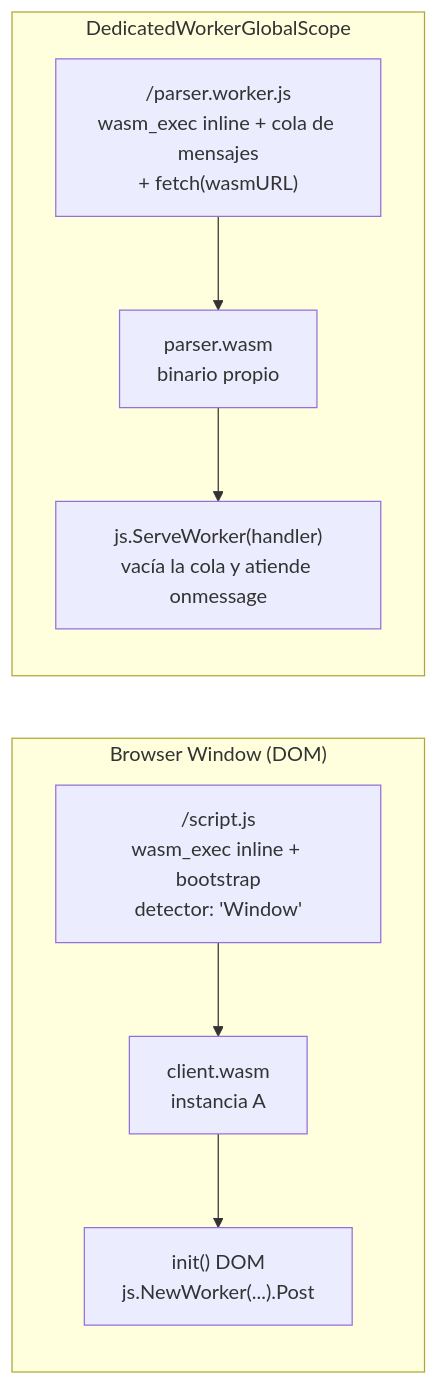
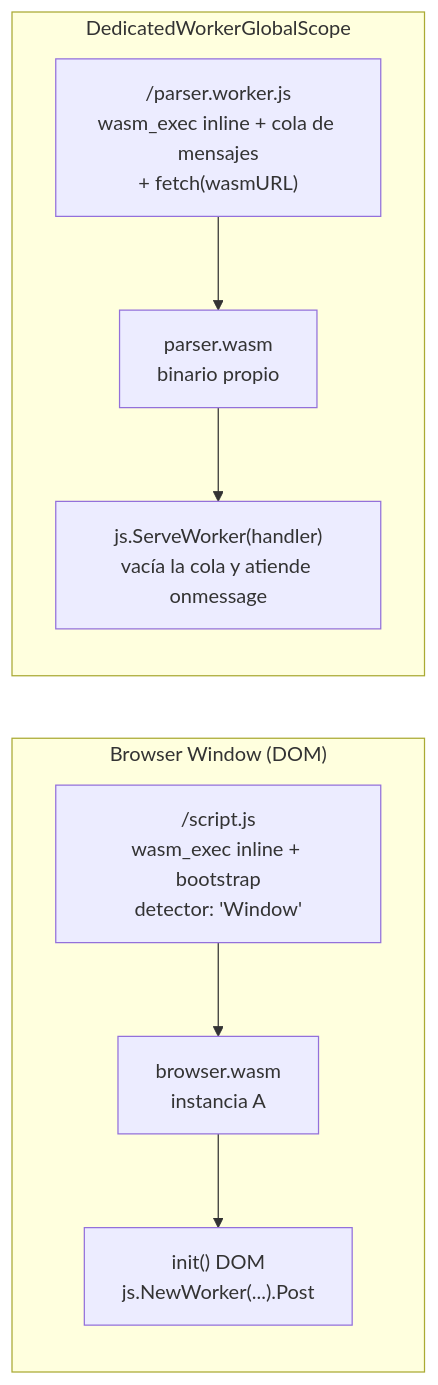
Before and after one commit to webtyp/js: the second of 3 diagrams in docs/ARCHITECTURE.md, drawn with Mermaid. The commit also changed other lines of this file and 3 other files, not shown here.

First line of the commit message:
refactor: rename page binary URL from /client.wasm to /browser.wasm

````diff
--- a/docs/ARCHITECTURE.md
+++ b/docs/ARCHITECTURE.md
@@ -27,18 +27,18 @@
 ```mermaid
 flowchart LR
     subgraph WIN["Browser Window (DOM)"]
         direction TB
         S1["/script.js\nwasm_exec inline + bootstrap\ndetector: 'Window'"]
-        W1["client.wasm\ninstancia A"]
+        W1["browser.wasm\ninstancia A"]
         S1 --> W1
         W1 --> D1["init() DOM\njs.NewWorker(...).Post"]
     end
 
     subgraph WW["DedicatedWorkerGlobalScope"]
         direction TB
         S3["/parser.worker.js\nwasm_exec inline + cola de mensajes\n+ fetch(wasmURL)"]
         W3["parser.wasm\nbinario propio"]
         S3 --> W3
         W3 --> D3["js.ServeWorker(handler)\nvacía la cola y atiende onmessage"]
     end
 ```
````
